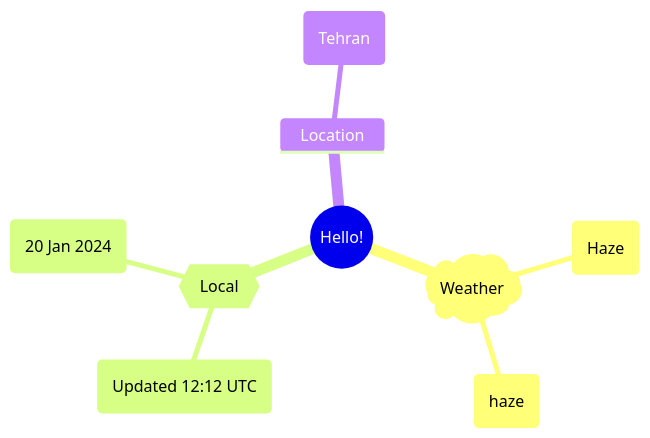
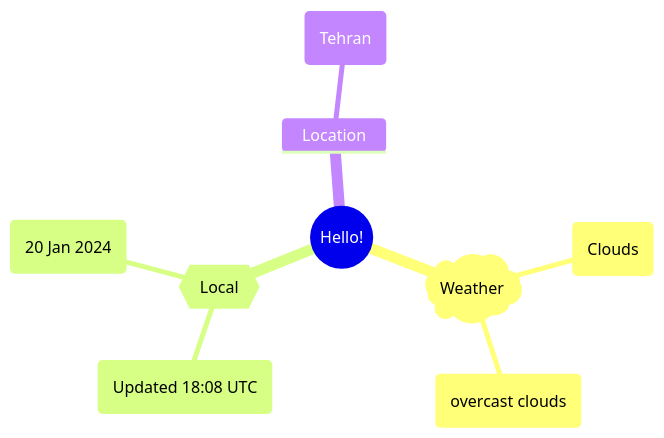
The first of 2 diagrams in README.md (Xosrov/Xosrov), drawn with Mermaid before and after one commit.

Commit message:
[bot] updated images

````diff
--- a/README.md
+++ b/README.md
@@ -3,12 +3,12 @@
 ```mermaid
 mindmap
   root((Hello!))
     )Weather(
-        (Haze)
-        (haze)
+        (Clouds)
+        (overcast clouds)
     {{Local}}
-        (Updated 12:12 UTC)
+        (Updated 18:08 UTC)
         (20 Jan 2024)
     Location
         (Tehran)
 ```
````
